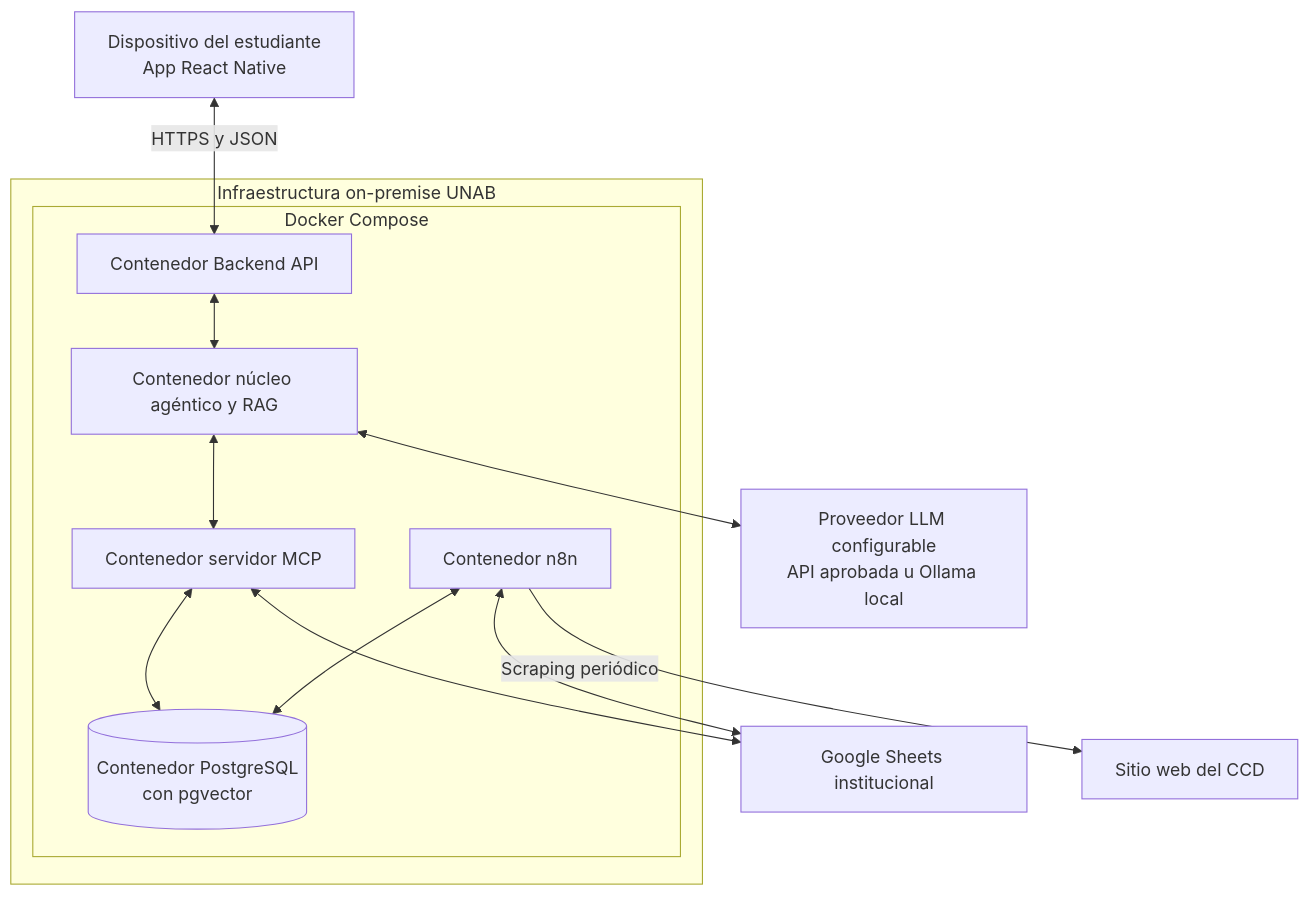
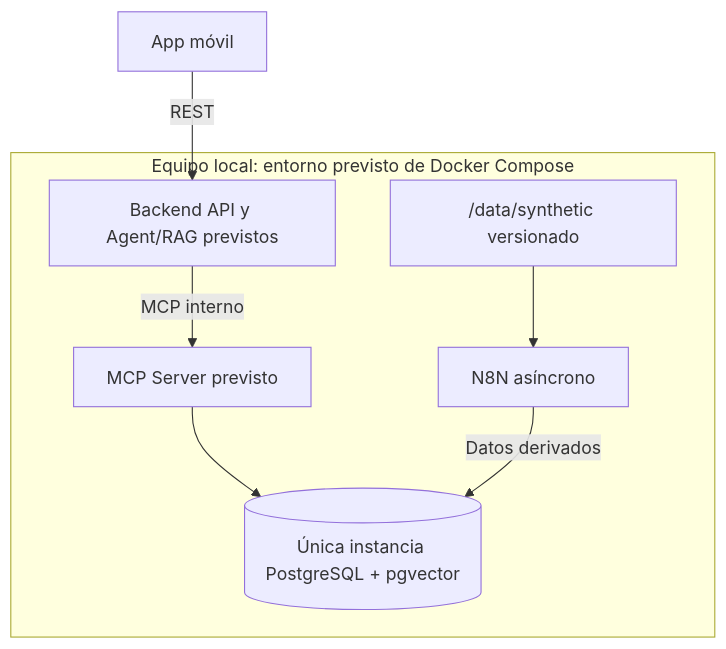
Before and after one commit to XeyKG/BanuChat_: the third of 3 diagrams in docs/arquitectura.md, drawn with Mermaid. The commit also changed other lines of this file and 22 other files, not shown here.

````diff
--- a/docs/arquitectura.md
+++ b/docs/arquitectura.md
@@ -197,28 +76,10 @@
 ```mermaid
 flowchart TB
-    DEVICE["Dispositivo del estudiante\nApp React Native"]
-
-    subgraph UNAB["Infraestructura on-premise UNAB"]
-        subgraph DOCKER["Docker Compose"]
-            API["Contenedor Backend API"]
-            AGENT["Contenedor núcleo agéntico y RAG"]
-            MCP["Contenedor servidor MCP"]
-            N8N["Contenedor n8n"]
-            DB[("Contenedor PostgreSQL\ncon pgvector")]
-        end
+    M["App móvil"] -->|"REST"| B["Backend API y Agent/RAG previstos"]
+    subgraph LOCAL["Equipo local: entorno previsto de Docker Compose"]
+        B -->|"MCP interno"| C["MCP Server previsto"]
+        C --> P[("Única instancia PostgreSQL + pgvector")]
+        N["N8N asíncrono"] -->|"Datos derivados"| P
+        D["/data/synthetic versionado"] --> N
     end
-
-    SHEETS["Google Sheets institucional"]
-    CCD["Sitio web del CCD"]
-    LLM["Proveedor LLM configurable\nAPI aprobada u Ollama local"]
-
-    DEVICE <-->|"HTTPS y JSON"| API
-    API <--> AGENT
-    AGENT <--> MCP
-    AGENT <--> LLM
-    MCP <--> DB
-    MCP <--> SHEETS
-    N8N <--> DB
-    N8N <--> SHEETS
-    N8N -->|"Scraping periódico"| CCD
 ```
````
